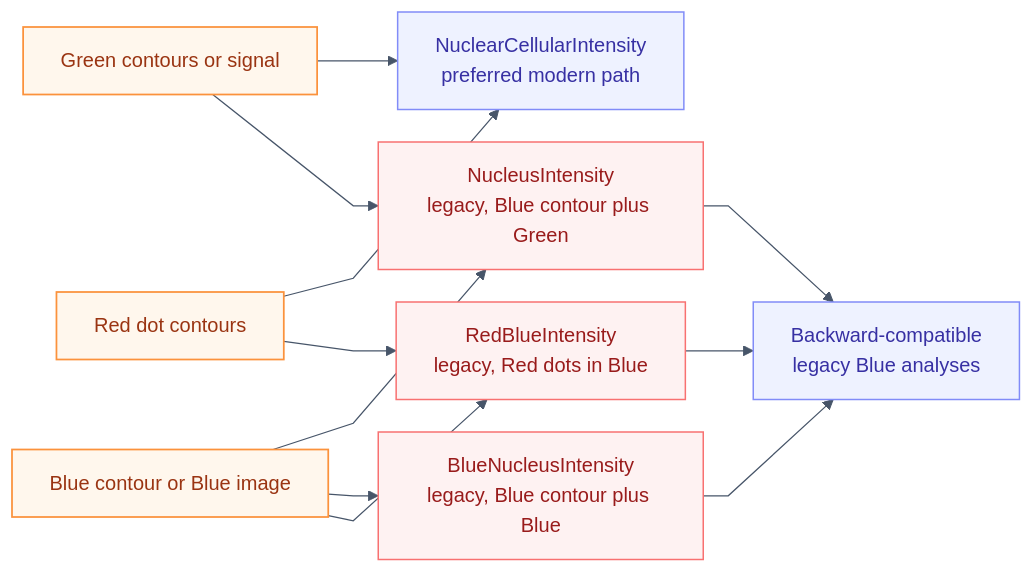
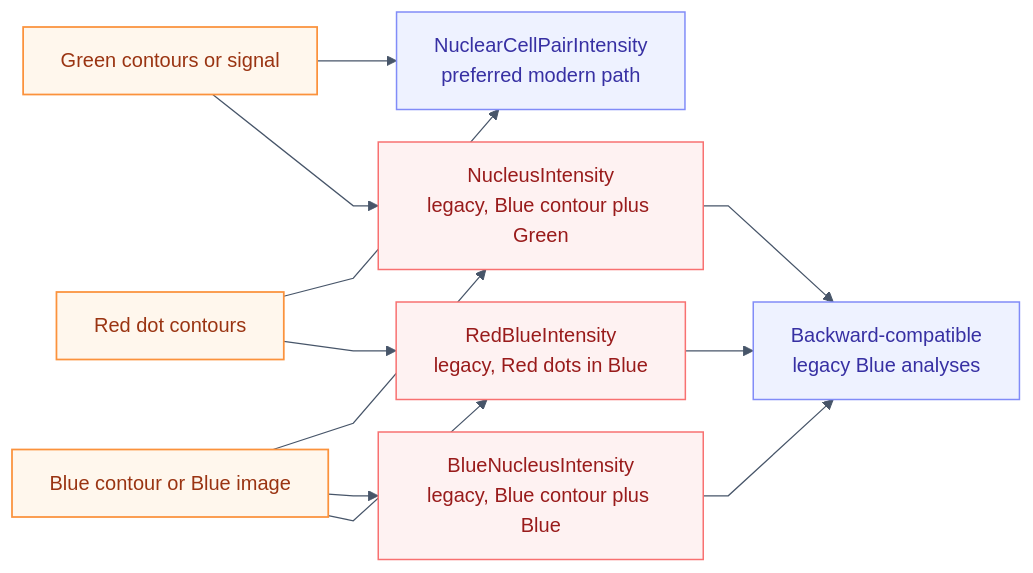
The diagram in docs/diagrams/15-legacy-dapi-measurements.mmd (BrentLagesse/CytoCV), drawn with Mermaid before and after one commit. The commit also changed 68 other files, not shown here.

```diff
--- a/docs/diagrams/15-legacy-dapi-measurements.mmd
+++ b/docs/diagrams/15-legacy-dapi-measurements.mmd
@@ -1,36 +1,36 @@
 %%{init: {"theme":"base","themeVariables":{"background":"#ffffff","primaryColor":"#f8fafc","primaryBorderColor":"#94a3b8","primaryTextColor":"#0f172a","secondaryColor":"#eff6ff","tertiaryColor":"#eef2ff","lineColor":"#475569","fontFamily":"Helvetica","fontSize":"16px","clusterBorder":"#cbd5e1","clusterBkg":"#ffffff"},"flowchart":{"htmlLabels":true,"curve":"linear","nodeSpacing":26,"rankSpacing":40}}}%%
 flowchart LR
     classDef channel fill:#fff7ed,stroke:#fb923c,color:#9a3412,stroke-width:1.4px;
     classDef modern fill:#eff6ff,stroke:#60a5fa,color:#1d4ed8,stroke-width:1.2px;
     classDef legacy fill:#fef2f2,stroke:#f87171,color:#991b1b,stroke-width:1.2px;
     classDef output fill:#eef2ff,stroke:#818cf8,color:#3730a3,stroke-width:1.2px;
 
     green[Green contours or signal]
     red[Red dot contours]
     blue[Blue contour or Blue image]
 
-    modern[NuclearCellularIntensity<br/>preferred modern path]
+    modern[NuclearCellPairIntensity<br/>preferred modern path]
     legacy1[NucleusIntensity<br/>legacy, Blue contour plus Green]
     legacy2[BlueNucleusIntensity<br/>legacy, Blue contour plus Blue]
     legacy3[RedBlueIntensity<br/>legacy, Red dots in Blue]
     compat[Backward-compatible<br/>legacy Blue analyses]
 
     green --> modern
     red --> modern
 
     blue --> legacy1
     green --> legacy1
 
     blue --> legacy2
 
     red --> legacy3
     blue --> legacy3
 
     legacy1 --> compat
     legacy2 --> compat
     legacy3 --> compat
 
     class green,red,blue channel
     class modern output
     class legacy1,legacy2,legacy3 legacy
     class compat output
```
